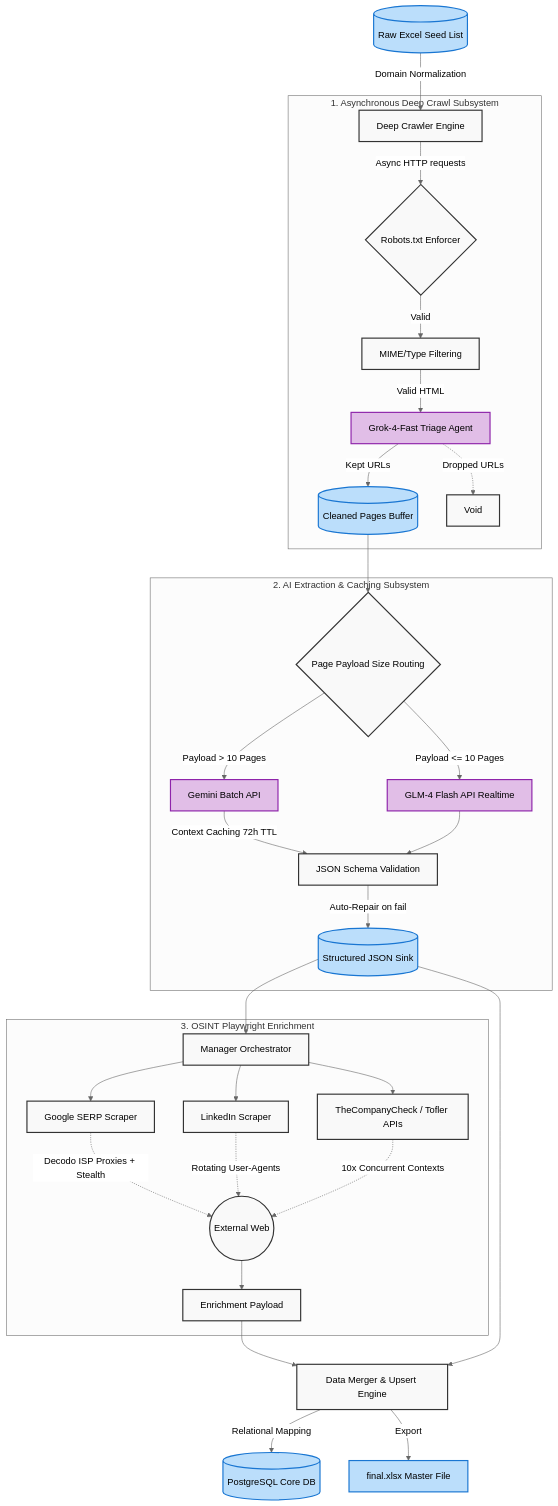
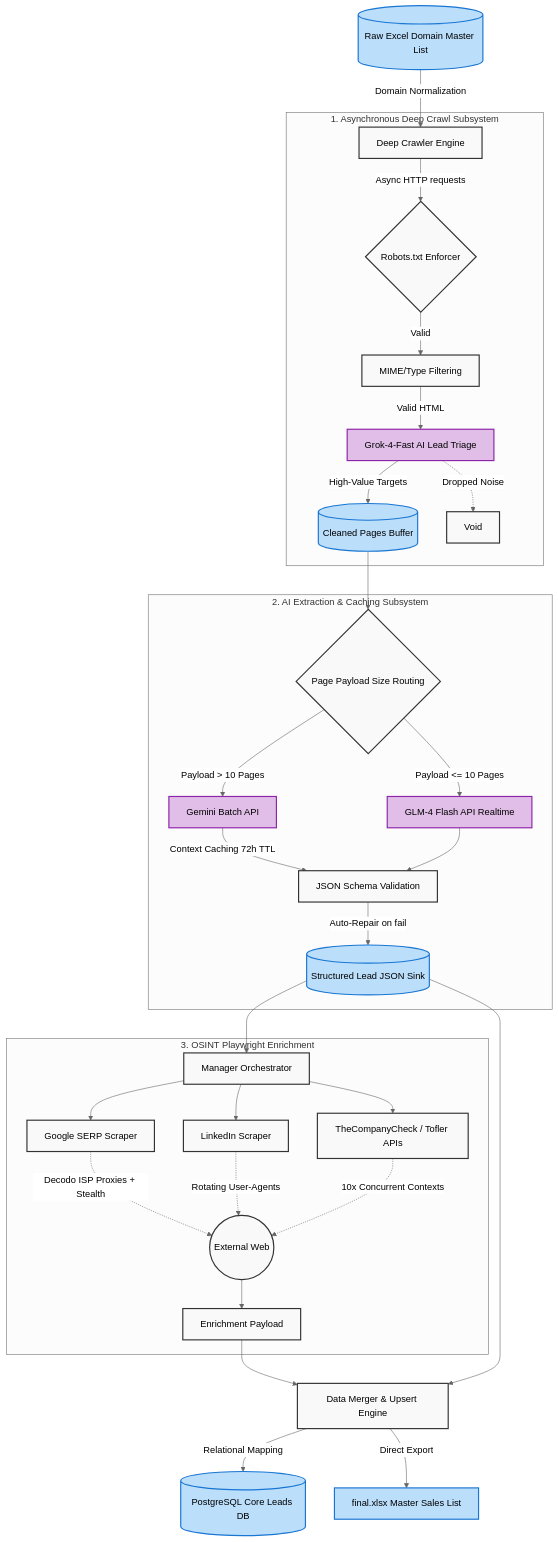
Before and after one commit to 7AI7/DeepMine: the diagram in README.md, drawn with Mermaid (neutral theme). The commit also changed other lines of this file and 13 other files, not shown here.

````diff
--- a/README.md
+++ b/README.md
@@ -35,52 +35,52 @@
 ```mermaid
 graph TD
     %% Core Inputs
-    A[(Raw Excel Seed List)] -->|Domain Normalization| B[Deep Crawler Engine]
+    A[(Raw Excel Domain Master List)] -->|Domain Normalization| B[Deep Crawler Engine]
     
     %% Crawler Subsystem
     subgraph Crawler [1. Asynchronous Deep Crawl Subsystem]
         B -->|Async HTTP requests| C{Robots.txt Enforcer}
         C -->|Valid| D[MIME/Type Filtering]
-        D -->|Valid HTML| E[Grok-4-Fast Triage Agent]
-        E -->|Kept URLs| F[(Cleaned Pages Buffer)]
-        E -.->|Dropped URLs| Void[Void]
+        D -->|Valid HTML| E[Grok-4-Fast AI Lead Triage]
+        E -->|High-Value Targets| F[(Cleaned Pages Buffer)]
+        E -.->|Dropped Noise| Void[Void]
     end
 
     %% Extraction Subsystem
     subgraph Extraction [2. AI Extraction & Caching Subsystem]
         F --> G{Page Payload Size Routing}
         G -->|Payload > 10 Pages| H[Gemini Batch API]
         G -->|Payload <= 10 Pages| I[GLM-4 Flash API Realtime]
         
         H -->|Context Caching 72h TTL| J[JSON Schema Validation]
         I --> J
-        J -->|Auto-Repair on fail| K[(Structured JSON Sink)]
+        J -->|Auto-Repair on fail| K[(Structured Lead JSON Sink)]
     end
 
     %% Enrichment Subsystem
     subgraph Enrichment [3. OSINT Playwright Enrichment]
         K --> L[Manager Orchestrator]
         L --> M[Google SERP Scraper]
         L --> N[LinkedIn Scraper]
         L --> O[TheCompanyCheck / Tofler APIs]
         
         %% Stealth features
         M -.->|Decodo ISP Proxies + Stealth| Web((External Web))
         N -.->|Rotating User-Agents| Web
         O -.->|10x Concurrent Contexts| Web
         Web --> P[Enrichment Payload]
     end
 
     %% Output
     P --> Q[Data Merger & Upsert Engine]
     K --> Q
-    Q -->|Relational Mapping| R[(PostgreSQL Core DB)]
-    Q -->|Export| S[final.xlsx Master File]
+    Q -->|Relational Mapping| R[(PostgreSQL Core Leads DB)]
+    Q -->|Direct Export| S[final.xlsx Master Sales List]
 
     classDef default fill:#f9f9f9,stroke:#333,stroke-width:2px;
     classDef ai fill:#e1bee7,stroke:#8e24aa,stroke-width:2px;
     classDef db fill:#bbdefb,stroke:#1976d2,stroke-width:2px;
     
     class E,H,I ai;
     class A,F,K,R,S db;
 ```
````
